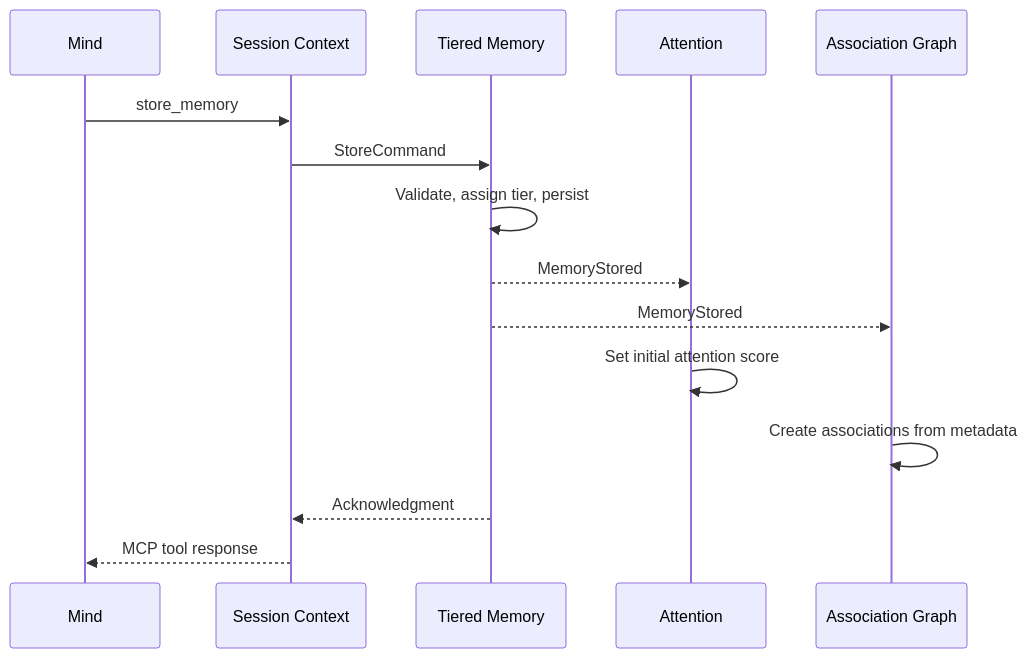
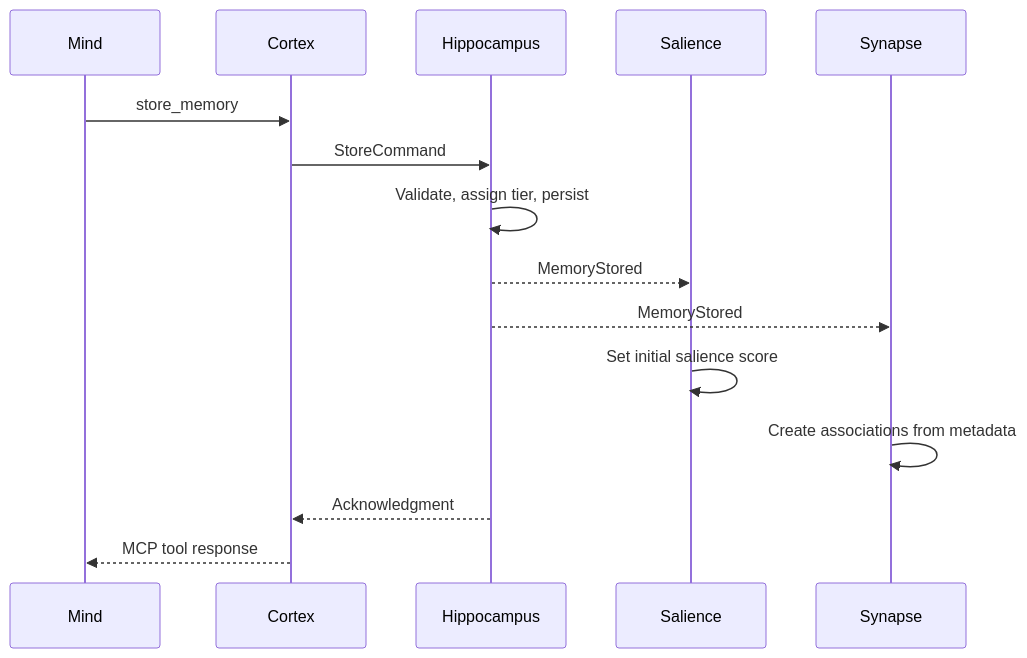
One commit to Mimis-Gildi/mcp-total-recall changed the diagram in site/_includes/diagrams/msg-0001-store-memory.mmd. Above: the diagram before and after it, drawn with Mermaid. The commit also changed 31 other files, not shown here.

```diff
--- a/site/_includes/diagrams/msg-0001-store-memory.mmd
+++ b/site/_includes/diagrams/msg-0001-store-memory.mmd
@@ -1,16 +1,16 @@
 sequenceDiagram
     participant C as Mind
-    participant SP as Session Context
-    participant TM as Tiered Memory
-    participant AT as Attention
-    participant AG as Association Graph
+    participant CX as Cortex
+    participant HP as Hippocampus
+    participant SL as Salience
+    participant SY as Synapse
 
-    C->>SP: store_memory
-    SP->>TM: StoreCommand
-    TM->>TM: Validate, assign tier, persist
-    TM-->>AT: MemoryStored
-    TM-->>AG: MemoryStored
-    AT->>AT: Set initial attention score
-    AG->>AG: Create associations from metadata
-    TM-->>SP: Acknowledgment
-    SP-->>C: MCP tool response
+    C->>CX: store_memory
+    CX->>HP: StoreCommand
+    HP->>HP: Validate, assign tier, persist
+    HP-->>SL: MemoryStored
+    HP-->>SY: MemoryStored
+    SL->>SL: Set initial salience score
+    SY->>SY: Create associations from metadata
+    HP-->>CX: Acknowledgment
+    CX-->>C: MCP tool response
```
